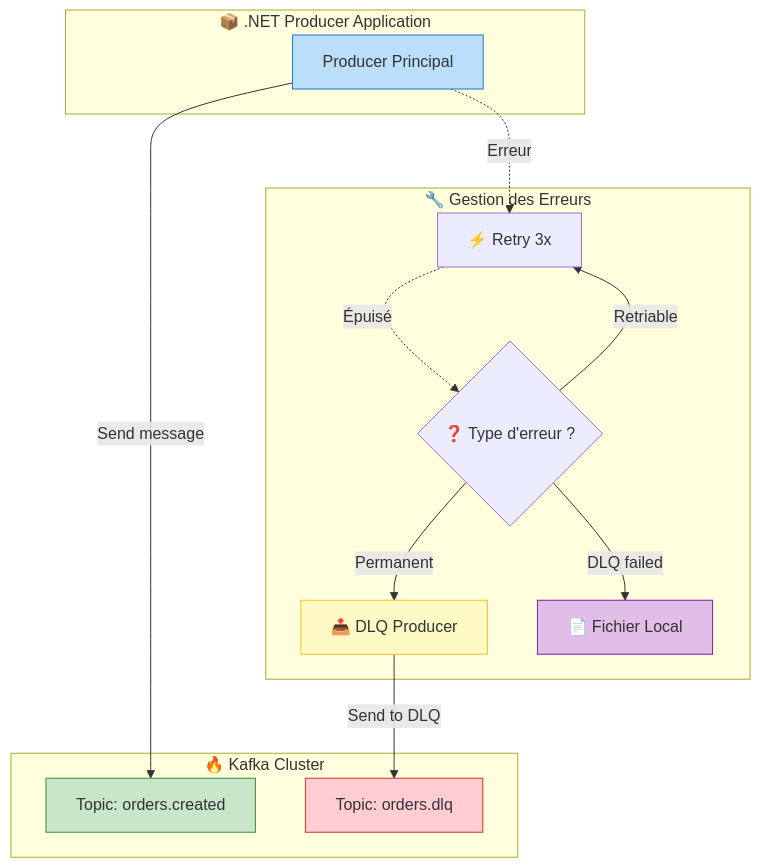
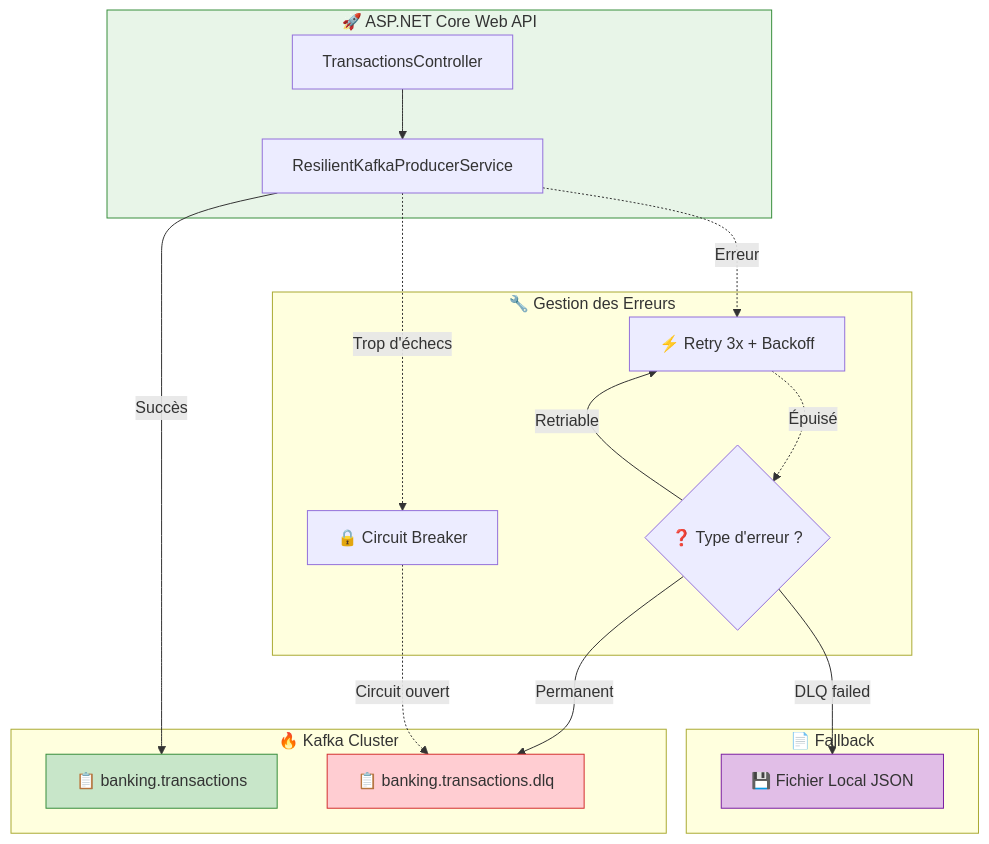
One commit to msellamiTN/formation--kafka-dotnet changed the first of 2 diagrams in day-01-foundations/module-02-producer/lab-1.2c-producer-error-handling/README.md. Above: the diagram before and after it, drawn with Mermaid. The commit also changed other lines of this file and 12 other files, not shown here.

````diff
--- a/day-01-foundations/module-02-producer/lab-1.2c-producer-error-handling/README.md
+++ b/day-01-foundations/module-02-producer/lab-1.2c-producer-error-handling/README.md
@@ -11,32 +9,37 @@
 ```mermaid
 flowchart TB
-    subgraph App["📦 .NET Producer Application"]
-        P["Producer Principal"] 
+    subgraph API["🚀 ASP.NET Core Web API"]
+        TC["TransactionsController"]
+        RS["ResilientKafkaProducerService"]
     end
-    
+
     subgraph ErrorHandling["🔧 Gestion des Erreurs"]
-        R["⚡ Retry 3x"]
+        R["⚡ Retry 3x + Backoff"]
+        CB["🔒 Circuit Breaker"]
         C{"❓ Type d'erreur ?"}
-        D["📤 DLQ Producer"]
-        F["📄 Fichier Local"]
     end
-    
+
     subgraph Kafka["🔥 Kafka Cluster"]
-        T1["Topic: orders.created"]
-        T2["Topic: orders.dlq"]
+        T1["📋 banking.transactions"]
+        T2["📋 banking.transactions.dlq"]
     end
-    
-    P -->|Send message| T1
-    P -.->|Erreur| R
-    R -.->|Épuisé| C
-    C -->|Retriable| R
-    C -->|Permanent| D
-    C -->|DLQ failed| F
-    D -->|Send to DLQ| T2
-    
-    style P fill:#bbdefb,stroke:#1976d2
+
+    subgraph Fallback["📄 Fallback"]
+        F["💾 Fichier Local JSON"]
+    end
+
+    TC --> RS
+    RS -->|"Succès"| T1
+    RS -.->|"Erreur"| R
+    R -.->|"Épuisé"| C
+    C -->|"Retriable"| R
+    C -->|"Permanent"| T2
+    C -->|"DLQ failed"| F
+    RS -.->|"Trop d'échecs"| CB
+    CB -.->|"Circuit ouvert"| T2
+
+    style API fill:#e8f5e8,stroke:#388e3c
     style T1 fill:#c8e6c9,stroke:#388e3c
     style T2 fill:#ffcdd2,stroke:#d32f2f
-    style D fill:#fff9c4,stroke:#fbc02d
     style F fill:#e1bee7,stroke:#7b1fa2
 ```
````
